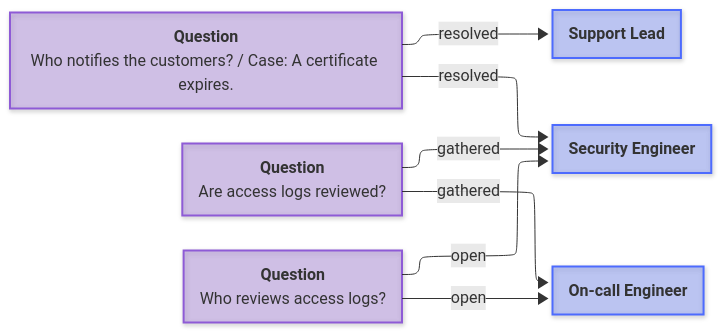
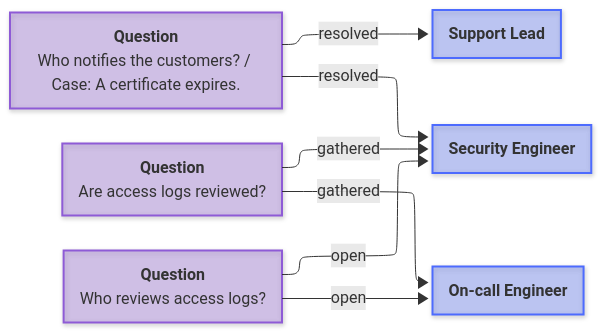
Before and after one commit to mirzahusadzic/tendora: the second of 5 diagrams in docs/demo.md, drawn with Mermaid. The commit also changed other lines of this file and 2 other files, not shown here.

First line of the commit message:
docs: diagrams that branch instead of running in one long line

````diff
--- a/docs/demo.md
+++ b/docs/demo.md
@@ -140,54 +140,54 @@
 ```mermaid
 ---
 config:
     layout: elk
     look: neo
     flowchart:
-        wrappingWidth: 360
+        wrappingWidth: 240
     themeCSS: >-
         foreignObject { overflow: visible; }
         .edgeLabel, .edgeLabel p, .edgeLabel span {
         background: transparent !important; }
         .edgeLabel rect { fill: transparent !important; }
         .labelBkg { --knock: var(--vscode-editor-background,
         var(--bgColor-default, rgb(from currentColor
         clamp(30, (128 - r) * 100, 255) clamp(30, (128 - r) * 100, 255)
         clamp(30, (128 - r) * 100, 255)))); --ring: var(--knock);
         --fill: color-mix(in srgb, var(--ring) 30%, var(--knock));
         background: var(--fill) !important; border-radius: 4px;
         box-shadow: 0 0 0 5px var(--fill), 0 0 0 7px var(--ring); }
         .label[data-id^="L_Q0_"] .labelBkg { --ring: #2e9e5b; }
         .label[data-id^="L_Q1_"] .labelBkg { --ring: #2e9e5b; }
         .label[data-id^="L_Q2_"] .labelBkg { --ring: #2e9e5b; }
         .edgeLabel p, .edgeLabel span, .edgeLabel text {
         --halo: var(--fill, var(--vscode-editor-background,
         var(--bgColor-default,
         rgb(from currentColor clamp(0, (128 - r) * 100, 255)
         clamp(0, (128 - r) * 100, 255) clamp(0, (128 - r) * 100, 255)))));
         text-shadow: 1px 0 var(--halo), -1px 0 var(--halo),
         0 1px var(--halo), 0 -1px var(--halo), 1px 1px var(--halo),
         -1px -1px var(--halo), 1px -1px var(--halo), -1px 1px var(--halo),
         0 0 3px var(--halo), 0 0 4px var(--halo); }
 ---
 flowchart LR
     Q0["<b>Question</b><br/>Who notifies the customers? / Case: A certificate expires."]
     Q1["<b>Question</b><br/>Are access logs reviewed?"]
     Q2["<b>Question</b><br/>Who reviews access logs?"]
     R0["<b>Support Lead</b>"]
     R1["<b>Security Engineer</b>"]
     R2["<b>On-call Engineer</b>"]
 
     Q0 -->|"resolved"| R0
     Q0 -->|"resolved"| R1
     Q1 -->|"gathered"| R2
     Q1 -->|"gathered"| R1
     Q2 -->|"open"| R2
     Q2 -->|"open"| R1
     class Q0,Q1,Q2 person
     class R0,R1,R2 kept
     classDef default fill:#8a96a82e,stroke:#8a96a8,stroke-width:1px
     classDef person fill:#8e5bd64d,stroke:#8e5bd6,stroke-width:2px
     classDef kept fill:#4d6bfe4d,stroke:#4d6bfe,stroke-width:2px
     classDef engine fill:#2e9e5b4d,stroke:#2e9e5b,stroke-width:2px
     classDef open fill:#8a96a814,stroke:#8a96a8,stroke-width:2px,stroke-dasharray:6 4
 ```
````
